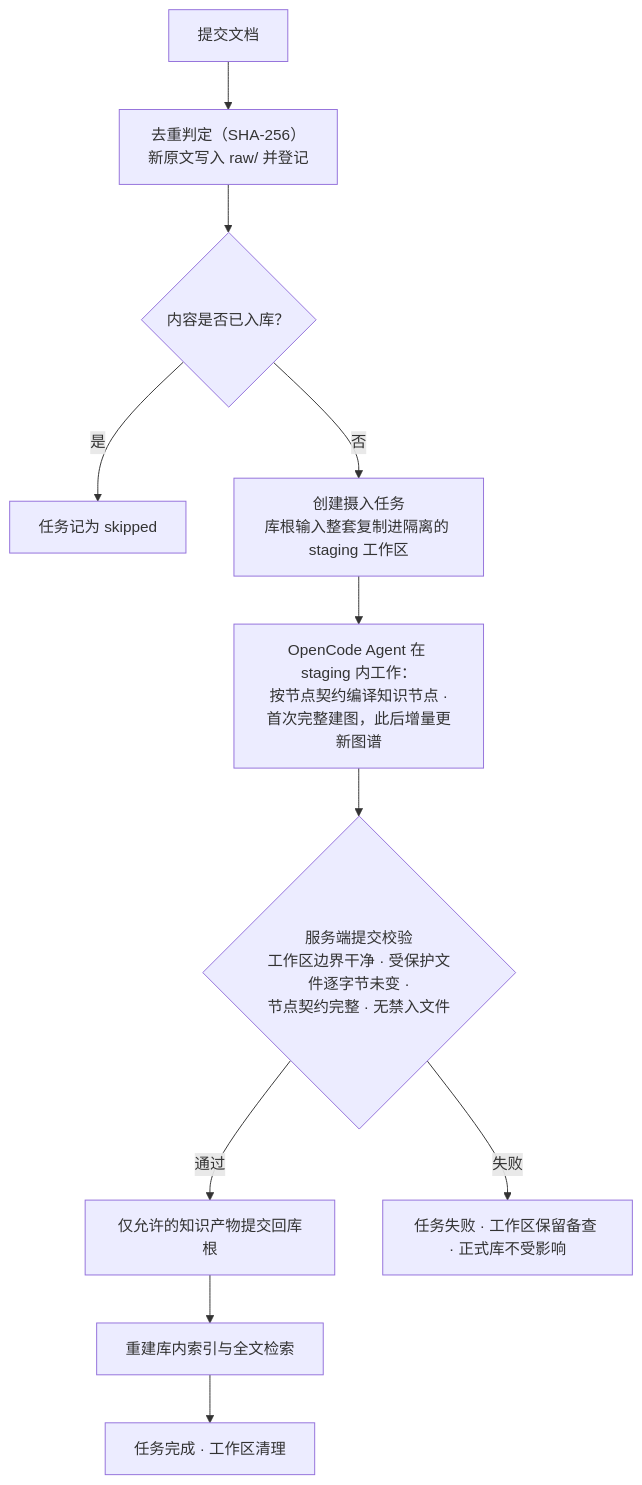
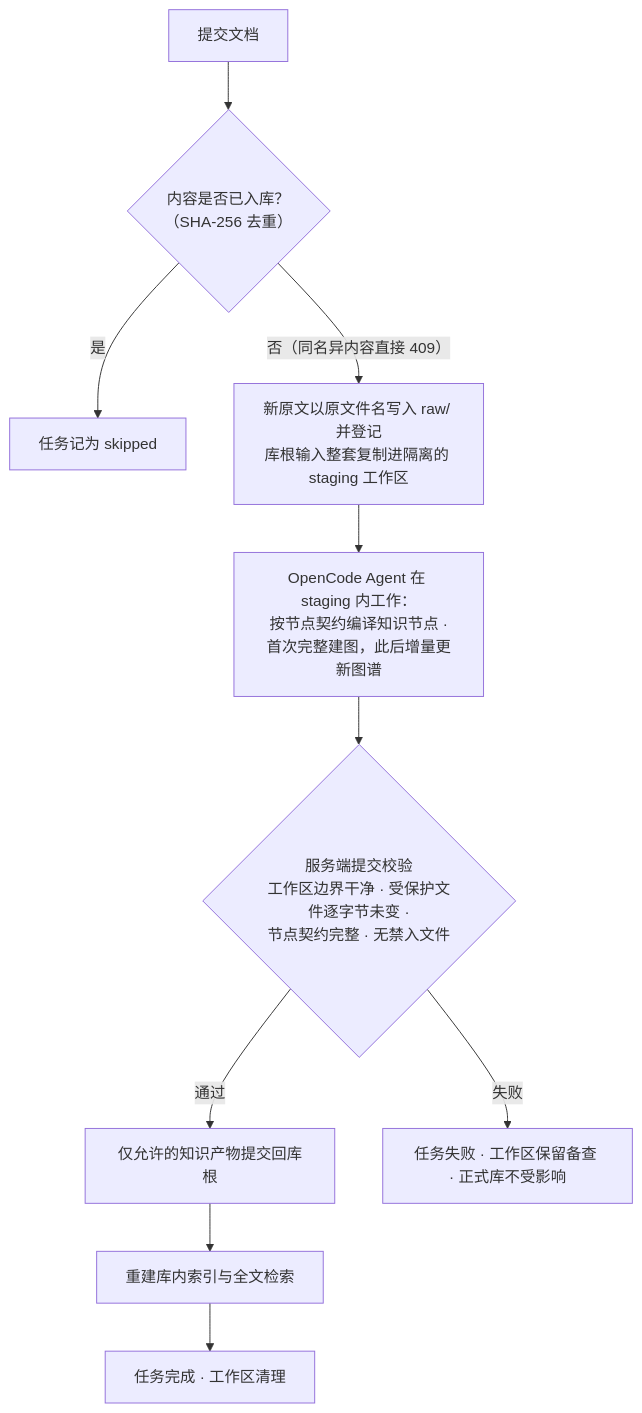
The second of 5 diagrams in README.md (xutianyi1999/noema), drawn with Mermaid before and after one commit. The commit also changed other lines of this file and 11 other files, not shown here.

````diff
--- a/README.md
+++ b/README.md
@@ -108,13 +206,12 @@
 ```mermaid
 flowchart TB
-    S1["提交文档"] --> S2["去重判定（SHA-256）<br/>新原文写入 raw/ 并登记"]
-    S2 --> S3{"内容是否已入库？"}
-    S3 -->|"是"| S4["任务记为 skipped"]
-    S3 -->|"否"| S5["创建摄入任务<br/>库根输入整套复制进隔离的 staging 工作区"]
+    S1["提交文档"] --> S2{"内容是否已入库？<br/>（SHA-256 去重）"}
+    S2 -->|"是"| S4["任务记为 skipped"]
+    S2 -->|"否（同名异内容直接 409）"| S5["新原文以原文件名写入 raw/ 并登记<br/>库根输入整套复制进隔离的 staging 工作区"]
     S5 --> S6["OpenCode Agent 在 staging 内工作：<br/>按节点契约编译知识节点 ·<br/>首次完整建图，此后增量更新图谱"]
     S6 --> S7{"服务端提交校验<br/>工作区边界干净 · 受保护文件逐字节未变 ·<br/>节点契约完整 · 无禁入文件"}
     S7 -->|"通过"| S8["仅允许的知识产物提交回库根"]
     S8 --> S9["重建库内索引与全文检索"]
     S9 --> S10["任务完成 · 工作区清理"]
     S7 -->|"失败"| S11["任务失败 · 工作区保留备查 · 正式库不受影响"]
 ```
````
